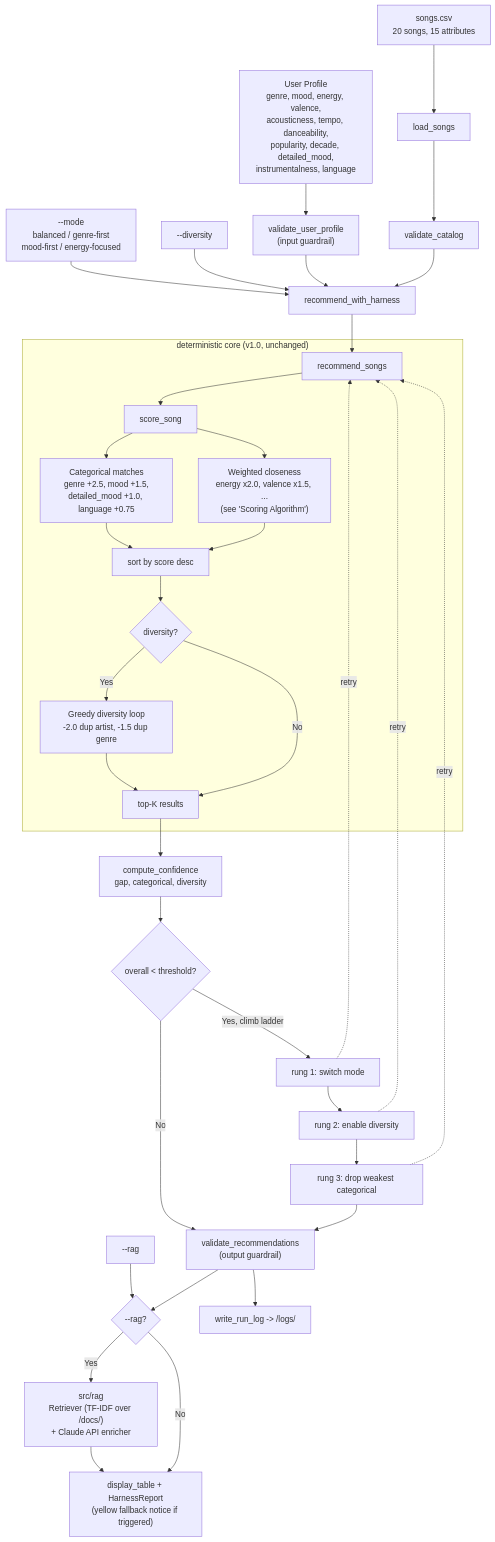
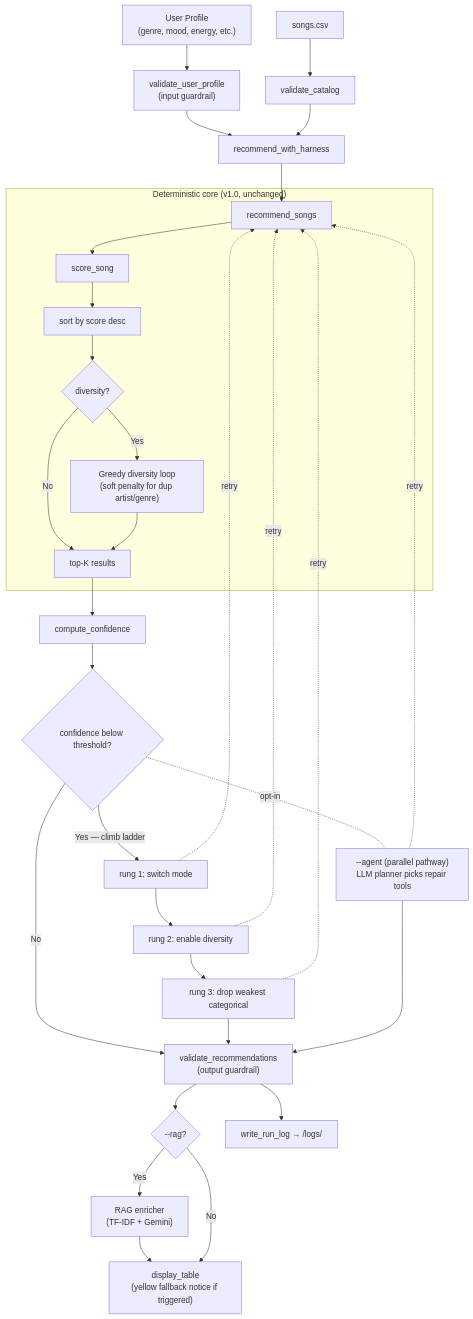
The diagram in README.md (bbdevelops/applied-ai-system-project), drawn with Mermaid before and after one commit. The commit also changed other lines of this file and 3 other files, not shown here.

````diff
--- a/README.md
+++ b/README.md
@@ -107,50 +28,36 @@
 ```mermaid
 flowchart TD
-    UP["User Profile<br/>genre, mood, energy, valence,<br/>acousticness, tempo, danceability,<br/>popularity, decade, detailed_mood,<br/>instrumentalness, language"]
-    CSV["songs.csv<br/>20 songs, 15 attributes"]
-    MODE["--mode<br/>balanced / genre-first<br/>mood-first / energy-focused"]
-    DF["--diversity"]
-    RAGFLAG["--rag"]
-
-    UP --> VIN["validate_user_profile<br/>(input guardrail)"]
-    CSV --> LS[load_songs]
-    LS --> VCAT["validate_catalog"]
+    UP["User Profile<br/>(genre, mood, energy, etc.)"] --> VIN["validate_user_profile<br/>(input guardrail)"]
+    CSV["songs.csv"] --> VCAT["validate_catalog"]
     VIN --> RWH["recommend_with_harness"]
     VCAT --> RWH
-    MODE --> RWH
-    DF --> RWH
 
-    subgraph CORE["deterministic core (v1.0, unchanged)"]
+    subgraph CORE["Deterministic core (v1.0, unchanged)"]
         RS[recommend_songs] --> SS[score_song]
-        SS --> CAT["Categorical matches<br/>genre +2.5, mood +1.5,<br/>detailed_mood +1.0, language +0.75"]
-        SS --> WC["Weighted closeness<br/>energy x2.0, valence x1.5, ...<br/>(see 'Scoring Algorithm')"]
-        CAT --> SORT["sort by score desc"]
-        WC --> SORT
+        SS --> SORT["sort by score desc"]
         SORT --> DIVQ{"diversity?"}
-        DIVQ -->|Yes| GREEDY["Greedy diversity loop<br/>-2.0 dup artist, -1.5 dup genre"]
+        DIVQ -->|Yes| GREEDY["Greedy diversity loop<br/>(soft penalty for dup artist/genre)"]
         DIVQ -->|No| TOPK
         GREEDY --> TOPK["top-K results"]
     end
 
     RWH --> RS
-    TOPK --> CONF["compute_confidence<br/>gap, categorical, diversity"]
-
-    CONF --> CHK{"overall < threshold?"}
+    TOPK --> CONF["compute_confidence"]
+    CONF --> CHK{"confidence below threshold?"}
     CHK -->|No| VOUT
-    CHK -->|Yes, climb ladder| L1["rung 1: switch mode"]
+    CHK -->|Yes — climb ladder| L1["rung 1: switch mode"] --> L2["rung 2: enable diversity"] --> L3["rung 3: drop weakest categorical"]
     L1 -.retry.-> RS
-    L1 --> L2["rung 2: enable diversity"]
     L2 -.retry.-> RS
-    L2 --> L3["rung 3: drop weakest categorical"]
     L3 -.retry.-> RS
     L3 --> VOUT["validate_recommendations<br/>(output guardrail)"]
 
+    AGENT["--agent (parallel pathway)<br/>LLM planner picks repair tools"]
+    CHK -.opt-in.- AGENT
+    AGENT -.retry.-> RS
+    AGENT --> VOUT
+
     VOUT --> RAGQ{"--rag?"}
-    RAGFLAG --> RAGQ
-    RAGQ -->|Yes| RAG["src/rag<br/>Retriever (TF-IDF over /docs/)<br/>+ Claude API enricher"]
-    RAGQ -->|No| DT
-    RAG --> DT
-
-    DT["display_table + HarnessReport<br/>(yellow fallback notice if triggered)"]
-    VOUT --> LOG["write_run_log -> /logs/"]
+    RAGQ -->|Yes| RAG["RAG enricher<br/>(TF-IDF + Gemini)"] --> DT
+    RAGQ -->|No| DT["display_table<br/>(yellow fallback notice if triggered)"]
+    VOUT --> LOG["write_run_log → /logs/"]
 ```
````
